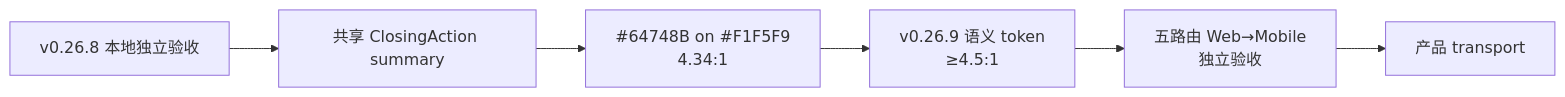
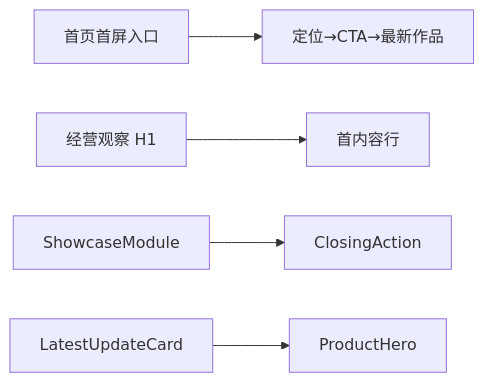
Before and after one commit to Chizheng4/xingbuild: the diagram in docs/iterations/current.md, drawn with Mermaid. The commit also changed other lines of this file and 10 other files, not shown here.

````diff
--- a/docs/iterations/current.md
+++ b/docs/iterations/current.md
@@ -15,8 +15,7 @@
 ```mermaid
 flowchart LR
-  A[v0.26.8 本地独立验收] --> B[共享 ClosingAction summary]
-  B --> C[#64748B on #F1F5F9\n4.34:1]
-  C --> D[v0.26.9 语义 token\n≥4.5:1]
-  D --> E[五路由 Web→Mobile\n独立验收]
-  E --> F[产品 transport]
+  A[首页首屏入口] --> B[定位→CTA→最新作品]
+  C[经营观察 H1] --> D[首内容行]
+  E[ShowcaseModule] --> F[ClosingAction]
+  G[LatestUpdateCard] --> H[ProductHero]
 ```
````
